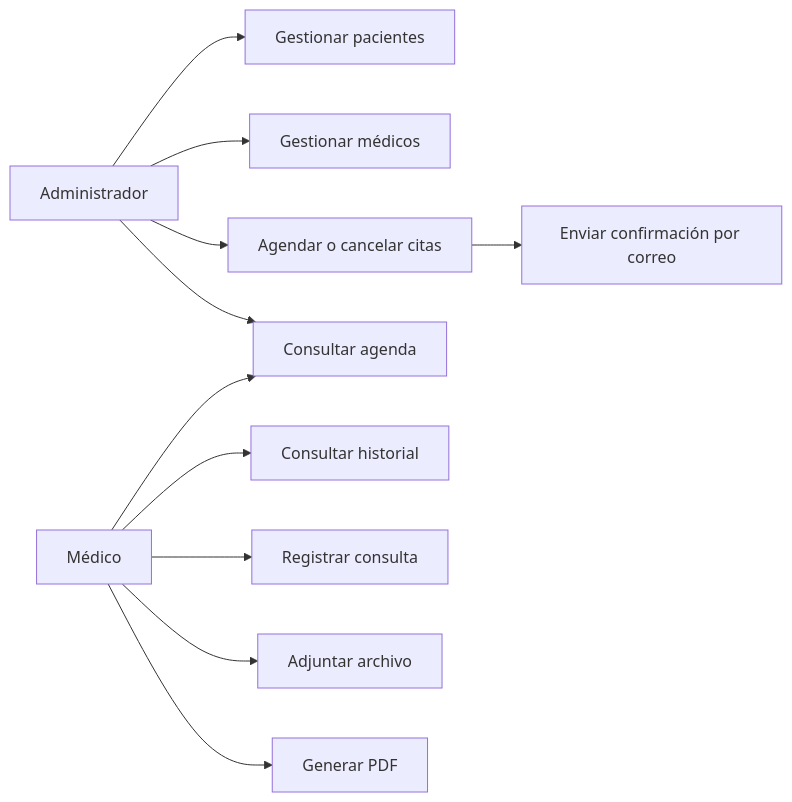
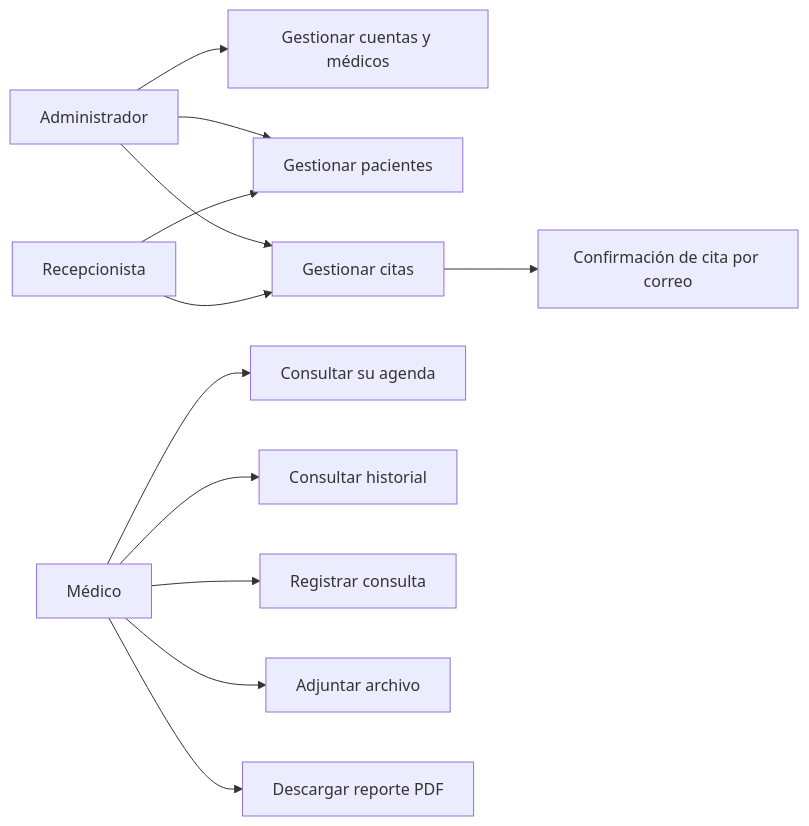
One commit to Lowz13/Expedientes-Medicos-TEP changed the second of 3 diagrams in README.md. Above: the diagram before and after it, drawn with Mermaid. The commit also changed other lines of this file and 2 other files, not shown here.

````diff
--- a/README.md
+++ b/README.md
@@ -102,13 +81,14 @@
 ```mermaid
 flowchart LR
-    A[Administrador] --> B[Gestionar pacientes]
-    A --> C[Gestionar médicos]
-    A --> D[Agendar o cancelar citas]
-    A --> E[Consultar agenda]
-    M[Médico] --> E
-    M --> F[Consultar historial]
-    M --> G[Registrar consulta]
-    M --> H[Adjuntar archivo]
-    M --> I[Generar PDF]
-    D --> J[Enviar confirmación por correo]
+    A[Administrador] --> U[Gestionar cuentas y médicos]
+    A --> P[Gestionar pacientes]
+    A --> C[Gestionar citas]
+    R[Recepcionista] --> P
+    R --> C
+    C --> E[Confirmación de cita por correo]
+    M[Médico] --> G[Consultar su agenda]
+    M --> H[Consultar historial]
+    M --> N[Registrar consulta]
+    M --> D[Adjuntar archivo]
+    M --> PDF[Descargar reporte PDF]
 ```
````
